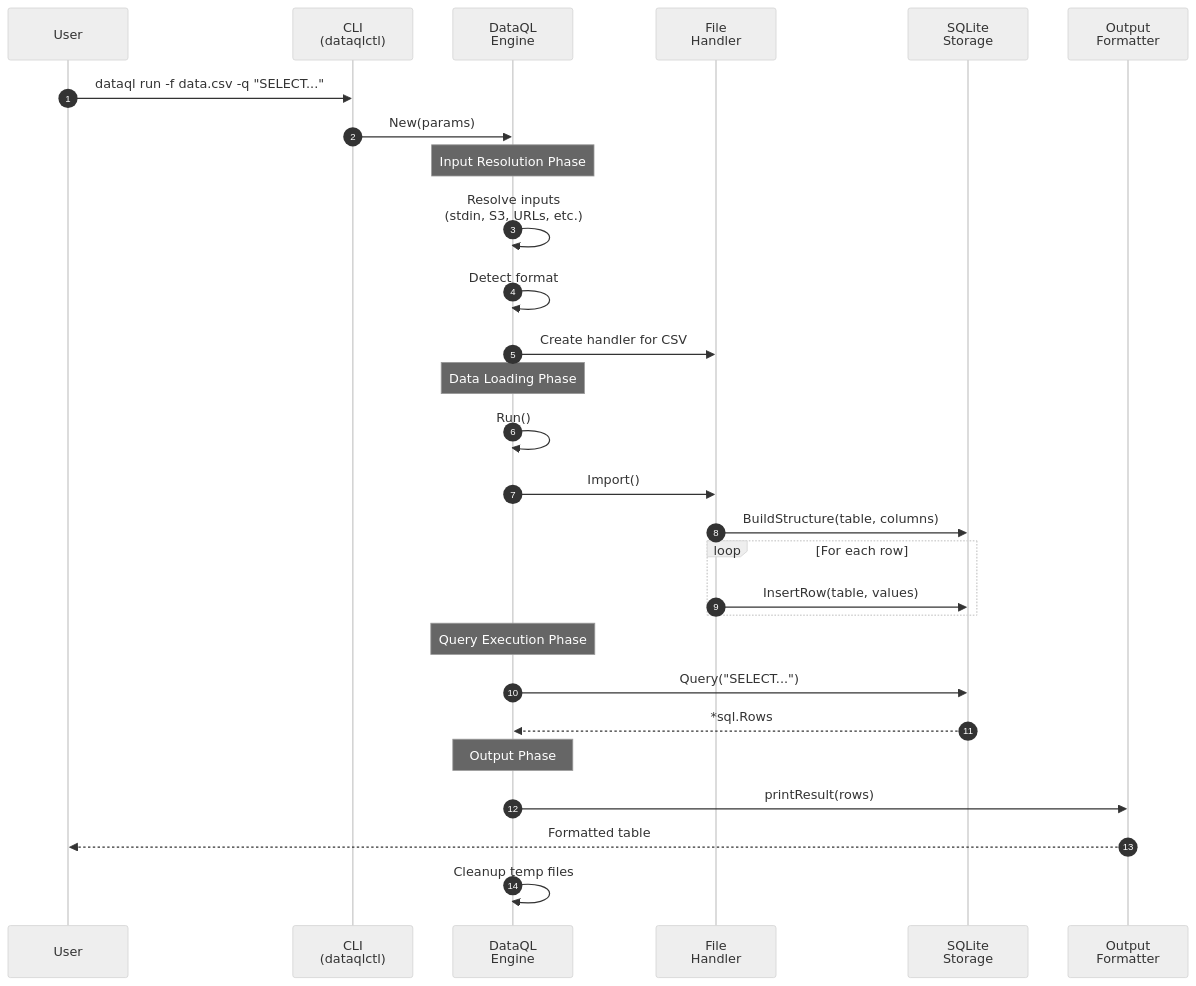
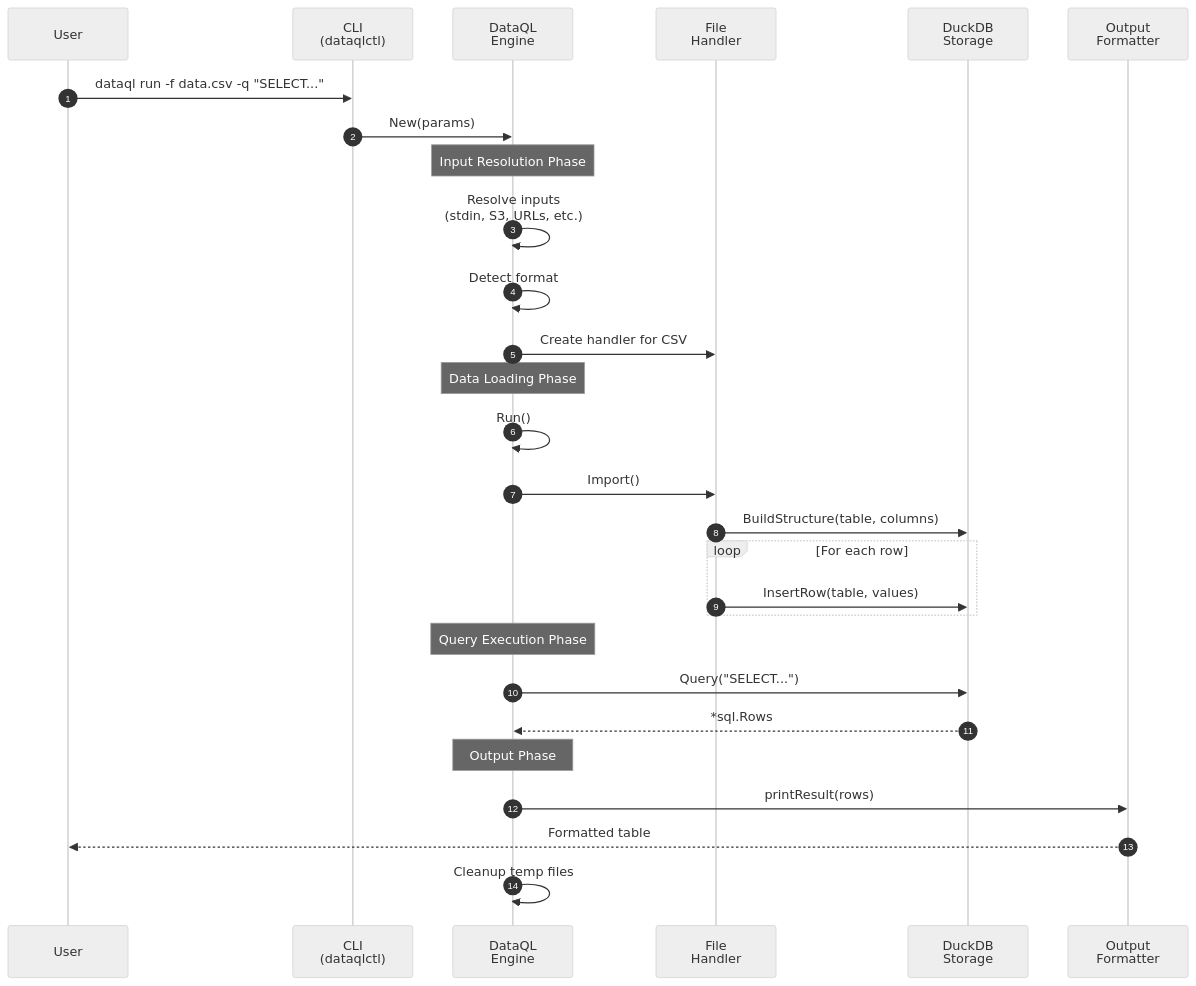
The fourth of 6 diagrams in docs/architecture.md (adrianolaselva/dataql), drawn with Mermaid (neutral theme) before and after one commit. The commit also changed other lines of this file and 32 other files, not shown here.

First line of the commit message:
feat: migrate storage engine from SQLite to DuckDB

````diff
--- a/docs/architecture.md
+++ b/docs/architecture.md
@@ -269,37 +269,37 @@
 ```mermaid
 sequenceDiagram
     autonumber
     participant User
     participant CLI as CLI<br/>(dataqlctl)
     participant Engine as DataQL<br/>Engine
     participant Handler as File<br/>Handler
-    participant Storage as SQLite<br/>Storage
+    participant Storage as DuckDB<br/>Storage
     participant Output as Output<br/>Formatter
 
     User->>CLI: dataql run -f data.csv -q "SELECT..."
     CLI->>Engine: New(params)
 
     Note over Engine: Input Resolution Phase
     Engine->>Engine: Resolve inputs<br/>(stdin, S3, URLs, etc.)
     Engine->>Engine: Detect format
     Engine->>Handler: Create handler for CSV
 
     Note over Engine: Data Loading Phase
     Engine->>Engine: Run()
     Engine->>Handler: Import()
     Handler->>Storage: BuildStructure(table, columns)
 
     loop For each row
         Handler->>Storage: InsertRow(table, values)
     end
 
     Note over Engine: Query Execution Phase
     Engine->>Storage: Query("SELECT...")
     Storage-->>Engine: *sql.Rows
 
     Note over Engine: Output Phase
     Engine->>Output: printResult(rows)
     Output-->>User: Formatted table
 
     Engine->>Engine: Cleanup temp files
 ```
````
